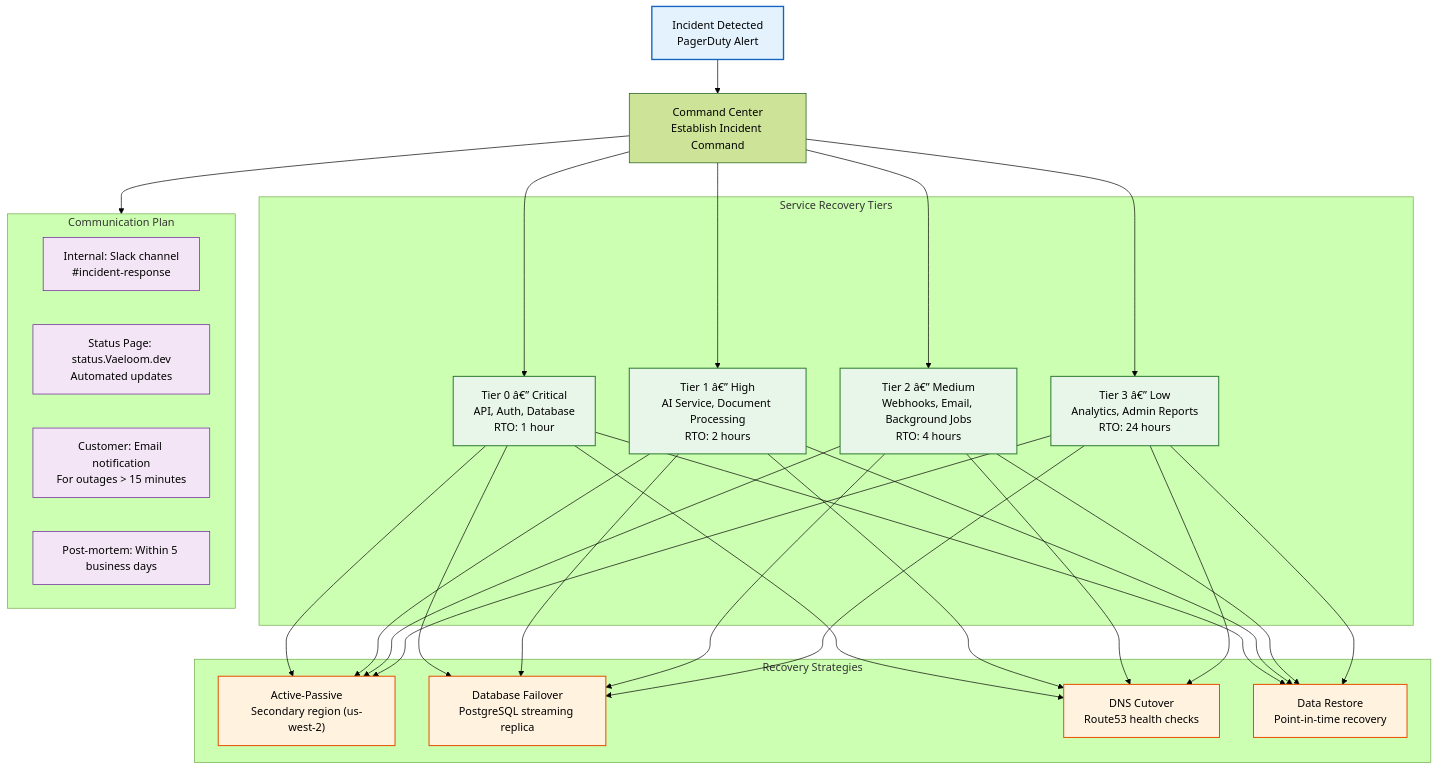
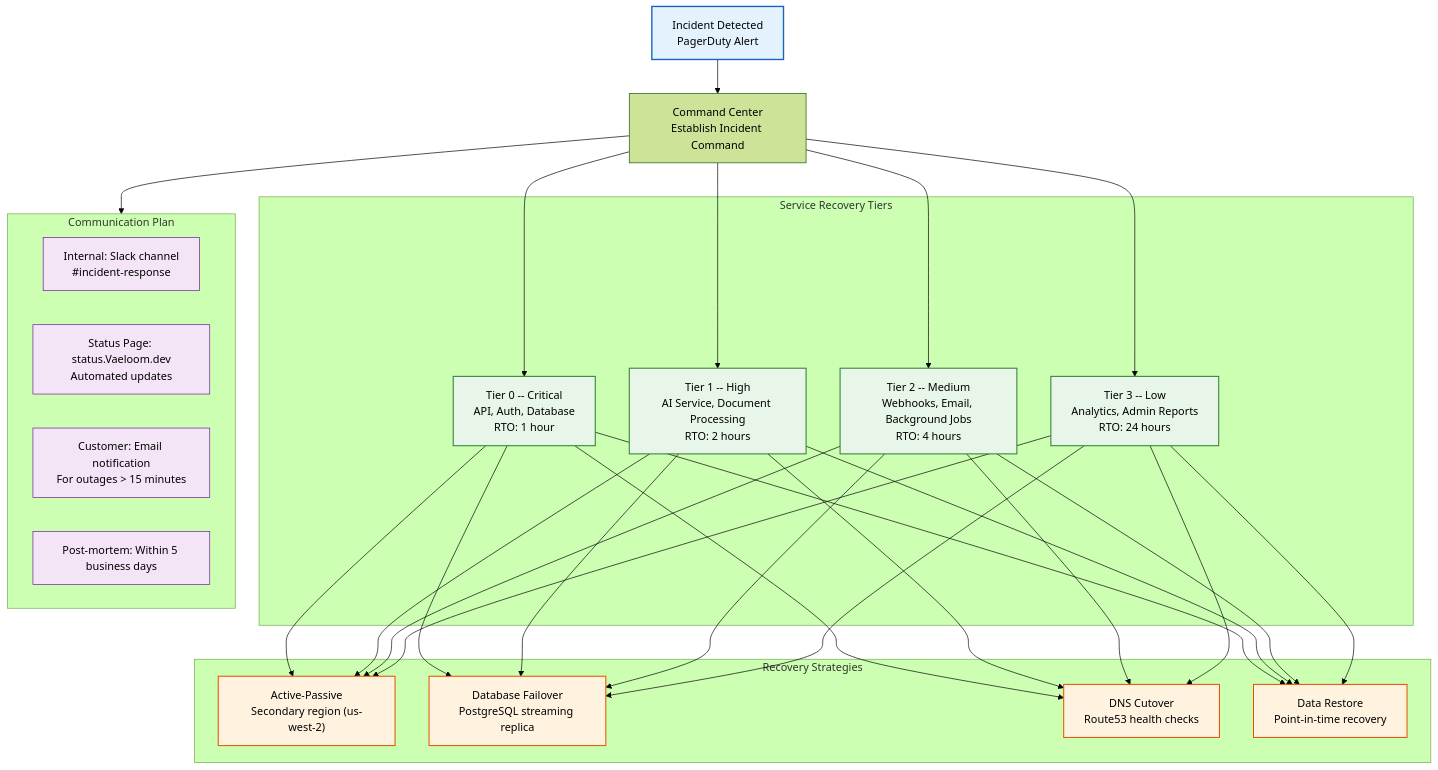
One commit to Driftloom/Vaeloom changed the first of 3 diagrams in Docs/Operations/Business-Continuity-Plan.md. Above: the diagram before and after it, drawn with Mermaid (forest theme). The commit also changed other lines of this file and 16 other files, not shown here.

````diff
--- a/Docs/Operations/Business-Continuity-Plan.md
+++ b/Docs/Operations/Business-Continuity-Plan.md
@@ -16,39 +16,39 @@
 ```mermaid
 graph TD
     classDef trigger fill:#e3f2fd,stroke:#1565c0,color:#000,stroke-width:2px
     classDef tier fill:#e8f5e9,stroke:#2e7d32,color:#000,stroke-width:1.5px
     classDef action fill:#fff3e0,stroke:#e65100,color:#000,stroke-width:1.5px
     classDef comms fill:#f3e5f5,stroke:#6a1b9a,color:#000,stroke-width:1px
 
     T1["Incident Detected<br/>PagerDuty Alert"] --> CMD["Command Center<br/>Establish Incident Command"]
 
     subgraph Tier["Service Recovery Tiers"]
-        T0["Tier 0 â€” Critical<br/>API, Auth, Database<br/>RTO: 1 hour"]
-        T1S["Tier 1 â€” High<br/>AI Service, Document Processing<br/>RTO: 2 hours"]
-        T2S["Tier 2 â€” Medium<br/>Webhooks, Email, Background Jobs<br/>RTO: 4 hours"]
-        T3S["Tier 3 â€” Low<br/>Analytics, Admin Reports<br/>RTO: 24 hours"]
+        T0["Tier 0 -- Critical<br/>API, Auth, Database<br/>RTO: 1 hour"]
+        T1S["Tier 1 -- High<br/>AI Service, Document Processing<br/>RTO: 2 hours"]
+        T2S["Tier 2 -- Medium<br/>Webhooks, Email, Background Jobs<br/>RTO: 4 hours"]
+        T3S["Tier 3 -- Low<br/>Analytics, Admin Reports<br/>RTO: 24 hours"]
     end
 
     subgraph Strategies["Recovery Strategies"]
         S1["Active-Passive<br/>Secondary region (us-west-2)"]
         S2["Database Failover<br/>PostgreSQL streaming replica"]
         S3["DNS Cutover<br/>Route53 health checks"]
         S4["Data Restore<br/>Point-in-time recovery"]
     end
 
     subgraph Comms["Communication Plan"]
         C1["Internal: Slack channel<br/>#incident-response"]
         C2["Status Page: status.Vaeloom.dev<br/>Automated updates"]
         C3["Customer: Email notification<br/>For outages > 15 minutes"]
         C4["Post-mortem: Within 5 business days"]
     end
 
     T0 & T1S & T2S & T3S --> S1 & S2 & S3 & S4
     CMD --> T0 & T1S & T2S & T3S
     CMD --> Comms
 
     class T1 trigger
     class T0,T1S,T2S,T3S tier
     class S1,S2,S3,S4 action
     class C1,C2,C3,C4 comms
 ```
````
